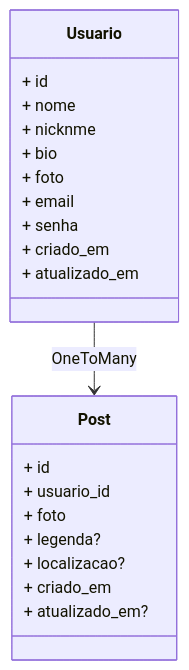
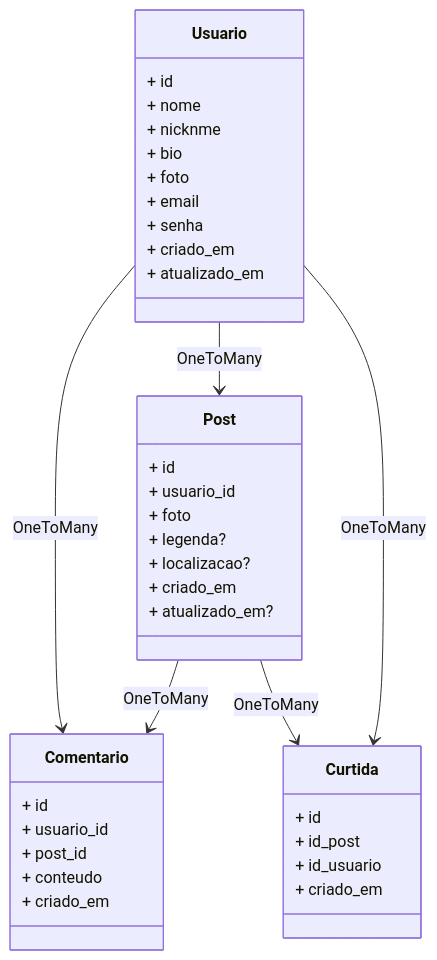
The diagram in README.md (jeas-github/api-instagram), drawn with Mermaid before and after one commit. The commit also changed other lines of this file and 1 other file, not shown here.

Commit message:
feat: Adiciona o esquema inicial do banco de dados para a API Instagram

`````diff
--- a/README.md
+++ b/README.md
@@ -19,26 +18,46 @@
-```mermaid
+````mermaid
 classDiagram
     Usuario --> Post: OneToMany
+    Usuario --> Comentario: OneToMany
+    Post --> Comentario: OneToMany
+    Post --> Curtida: OneToMany
+    Usuario --> Curtida: OneToMany
 
     class Usuario {
         + id
         + nome
         + nicknme
         + bio
         + foto
         + email
         + senha
         + criado_em
         + atualizado_em
     }
 
     class Post {
         + id
         + usuario_id
         + foto
         + legenda?
         + localizacao?
         + criado_em
         + atualizado_em?
     }
-```
+
+    class Comentario {
+        + id
+        + usuario_id
+        + post_id
+        + conteudo
+        + criado_em
+    }
+
+    class Curtida {
+        + id
+        + id_post
+        + id_usuario
+        + criado_em
+    }
+    ```
+````
`````
